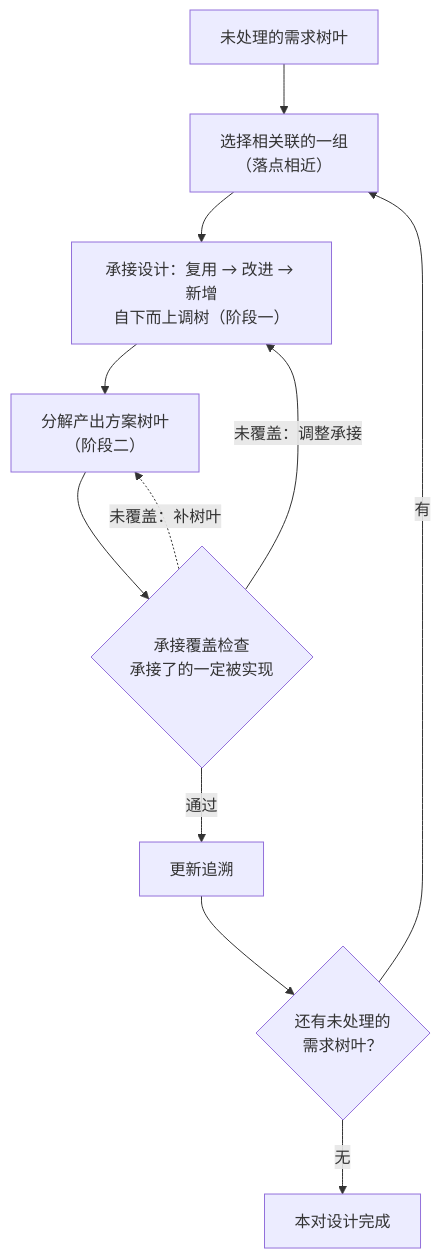
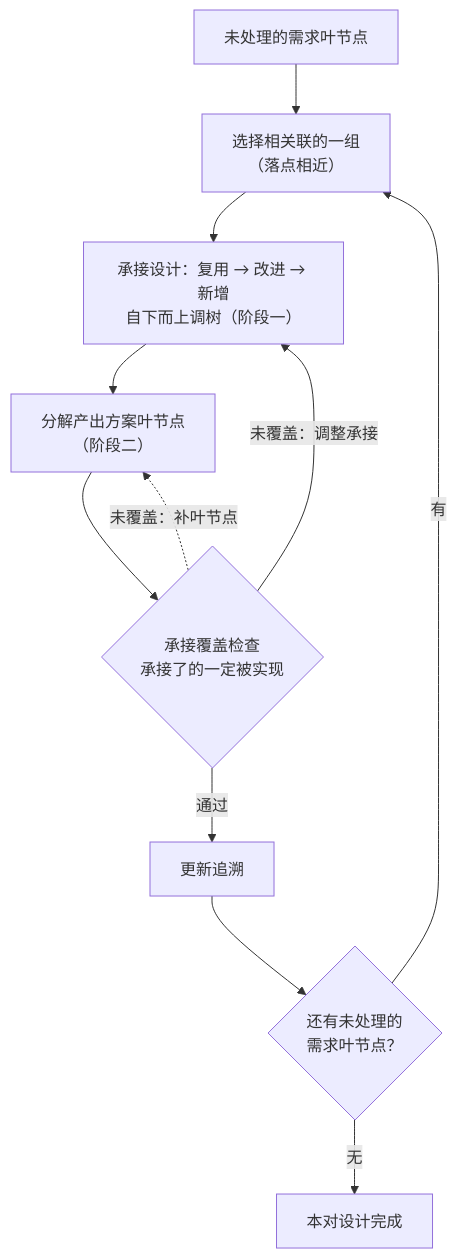
The second of 4 diagrams in 50-research/00-系统工程相关研究报告/20-设计与开发落地方法研究报告—需求与方案结对开发.md (Yongjunzhou/AOS-system-design), drawn with Mermaid before and after one commit. The commit also changed other lines of this file, not shown here.

````diff
--- a/50-research/00-系统工程相关研究报告/20-设计与开发落地方法研究报告—需求与方案结对开发.md
+++ b/50-research/00-系统工程相关研究报告/20-设计与开发落地方法研究报告—需求与方案结对开发.md
@@ -200,13 +200,13 @@
 ```mermaid
 flowchart TD
-    A["未处理的需求树叶"] --> B["选择相关联的一组<br/>（落点相近）"]
+    A["未处理的需求叶节点"] --> B["选择相关联的一组<br/>（落点相近）"]
     B --> C["承接设计：复用 → 改进 → 新增<br/>自下而上调树（阶段一）"]
-    C --> D["分解产出方案树叶<br/>（阶段二）"]
+    C --> D["分解产出方案叶节点<br/>（阶段二）"]
     D --> E{"承接覆盖检查<br/>承接了的一定被实现"}
     E -- "未覆盖：调整承接" --> C
-    E -.->|"未覆盖：补树叶"| D
+    E -.->|"未覆盖：补叶节点"| D
     E -- "通过" --> F["更新追溯"]
-    F --> G{"还有未处理的<br/>需求树叶？"}
+    F --> G{"还有未处理的<br/>需求叶节点？"}
     G -- "有" --> B
     G -- "无" --> H["本对设计完成"]
 ```
````
